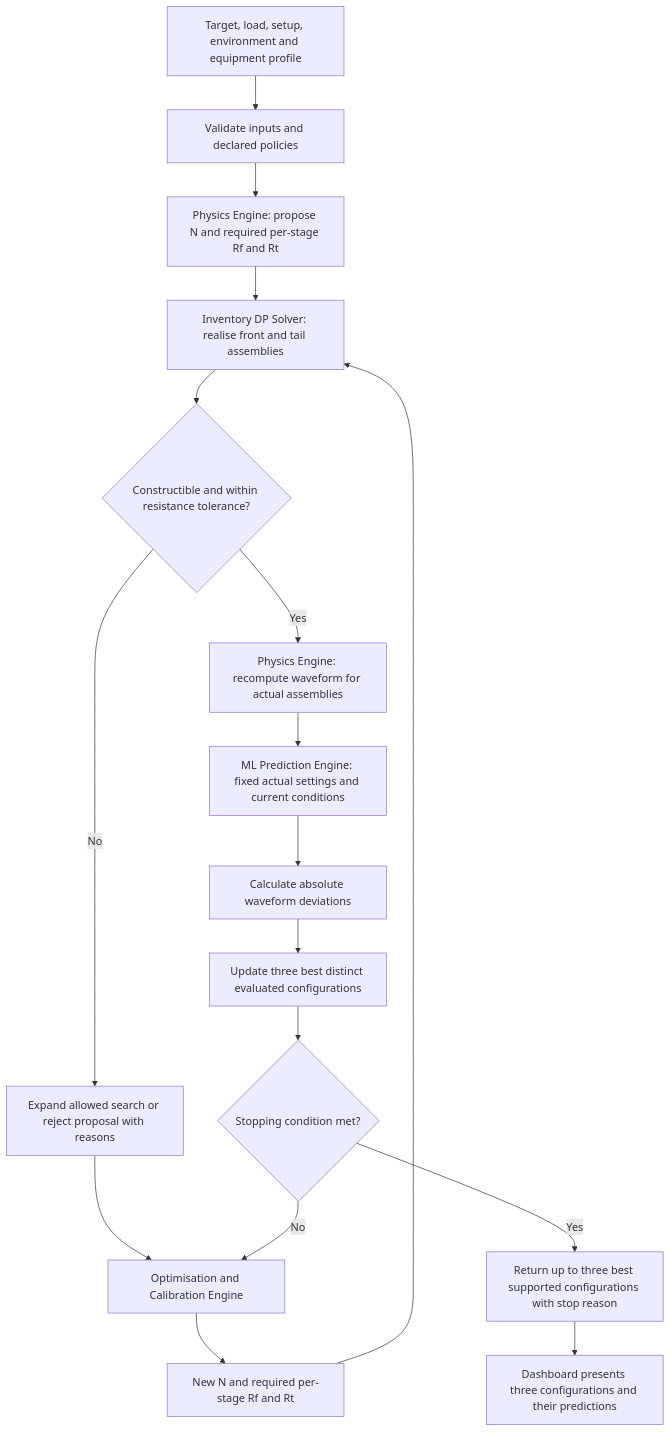
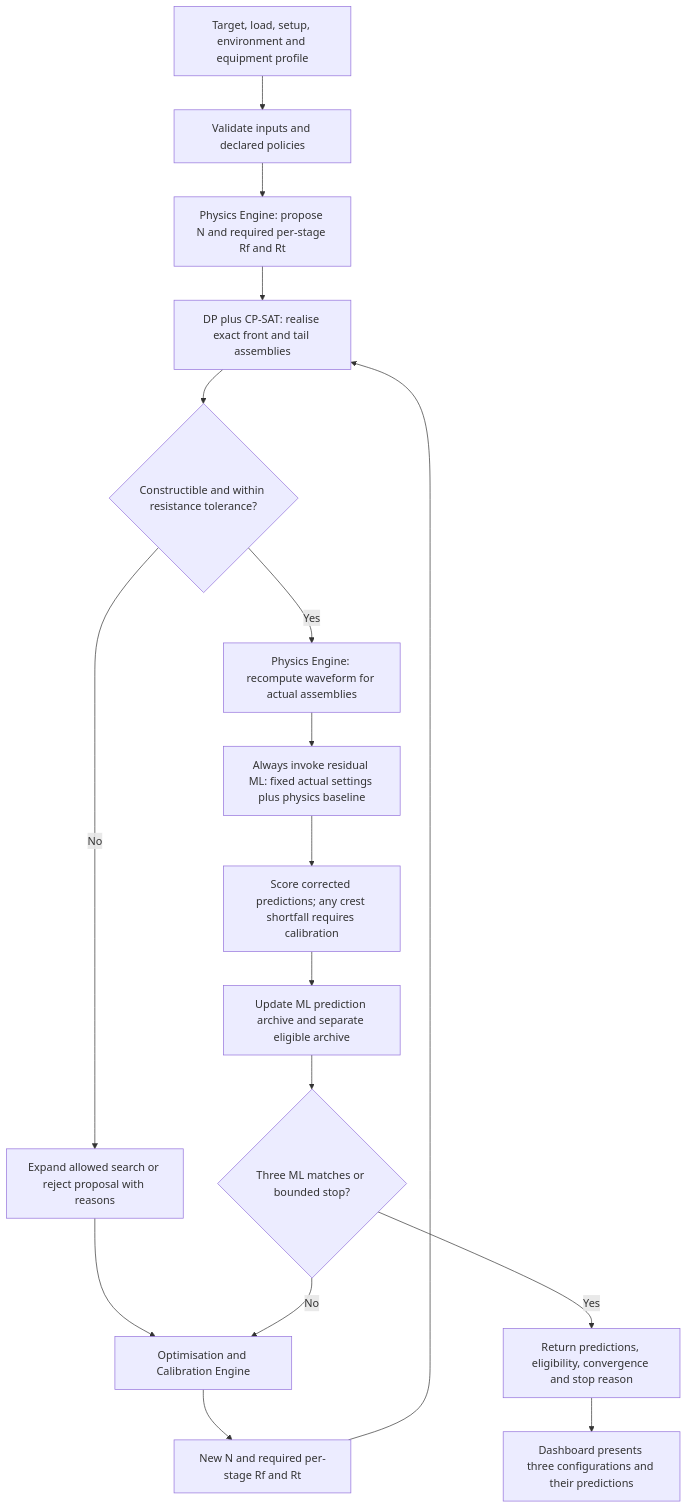
One commit to Faizaan-Nasir/ImpulseForge changed the second of 5 diagrams in docs/Marx_Generator_Architecture_Working_Document.md. Above: the diagram before and after it, drawn with Mermaid. The commit also changed other lines of this file and 36 other files, not shown here.

Commit message:
Enforce crest minimum and configure calibration budgets through environment

````diff
--- a/docs/Marx_Generator_Architecture_Working_Document.md
+++ b/docs/Marx_Generator_Architecture_Working_Document.md
@@ -253,19 +247,19 @@
 ```mermaid
 flowchart TB
     A[Target, load, setup, environment and equipment profile] --> B[Validate inputs and declared policies]
     B --> C[Physics Engine: propose N and required per-stage Rf and Rt]
-    C --> D[Inventory DP Solver: realise front and tail assemblies]
+    C --> D[DP plus CP-SAT: realise exact front and tail assemblies]
     D --> E{Constructible and within resistance tolerance?}
     E -->|Yes| F[Physics Engine: recompute waveform for actual assemblies]
     E -->|No| G[Expand allowed search or reject proposal with reasons]
     G --> O[Optimisation and Calibration Engine]
-    F --> H[ML Prediction Engine: fixed actual settings and current conditions]
-    H --> I[Calculate absolute waveform deviations]
-    I --> J[Update three best distinct evaluated configurations]
-    J --> K{Stopping condition met?}
+    F --> H[Always invoke residual ML: fixed actual settings plus physics baseline]
+    H --> I[Score corrected predictions; any crest shortfall requires calibration]
+    I --> J[Update ML prediction archive and separate eligible archive]
+    J --> K{Three ML matches or bounded stop?}
     K -->|No| O
     O --> L[New N and required per-stage Rf and Rt]
     L --> D
-    K -->|Yes| M[Return up to three best supported configurations with stop reason]
+    K -->|Yes| M[Return predictions, eligibility, convergence and stop reason]
     M --> N[Dashboard presents three configurations and their predictions]
 ```
````
